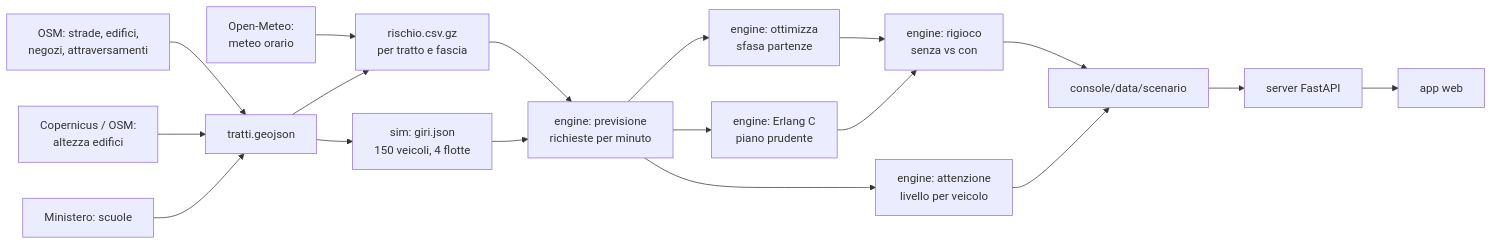
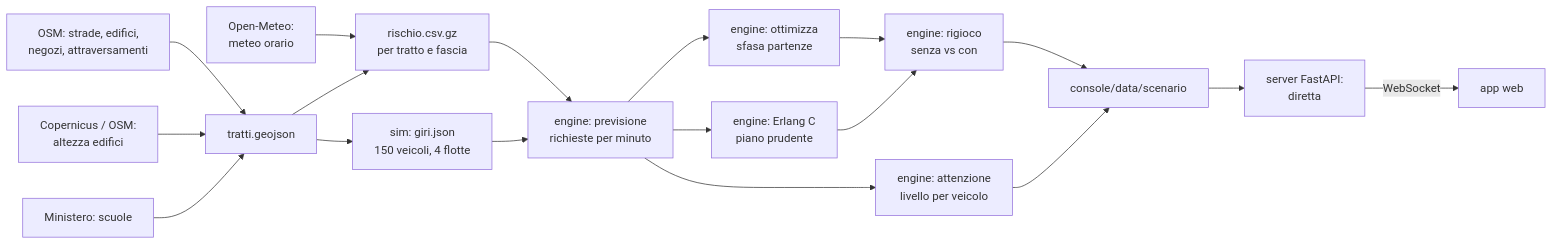
The diagram in docs/architettura.md (oliversartorettoverna/attentiongrid), drawn with Mermaid before and after one commit. The commit also changed other lines of this file and 8 other files, not shown here.

First line of the commit message:
Giornata in diretta: il server tiene orologio e richieste, i veicoli si fermano quando chiedono aiuto

````diff
--- a/docs/architettura.md
+++ b/docs/architettura.md
@@ -5,20 +5,20 @@
 ```mermaid
 flowchart LR
   A[OSM: strade, edifici,<br/>negozi, attraversamenti] --> T[tratti.geojson]
   B[Copernicus / OSM:<br/>altezza edifici] --> T
   K[Ministero: scuole] --> T
   M[Open-Meteo:<br/>meteo orario] --> R
   T --> R[rischio.csv.gz<br/>per tratto e fascia]
   T --> S[sim: giri.json<br/>150 veicoli, 4 flotte]
   R --> P[engine: previsione<br/>richieste per minuto]
   S --> P
   P --> O[engine: ottimizza<br/>sfasa partenze]
   P --> E[engine: Erlang C<br/>piano prudente]
   O --> G[engine: rigioco<br/>senza vs con]
   E --> G
   P --> N[engine: attenzione<br/>livello per veicolo]
   G --> D[console/data/scenario]
   N --> D
-  D --> V[server FastAPI]
-  V --> W[app web]
+  D --> V[server FastAPI:<br/>diretta]
+  V -- WebSocket --> W[app web]
 ```
````
